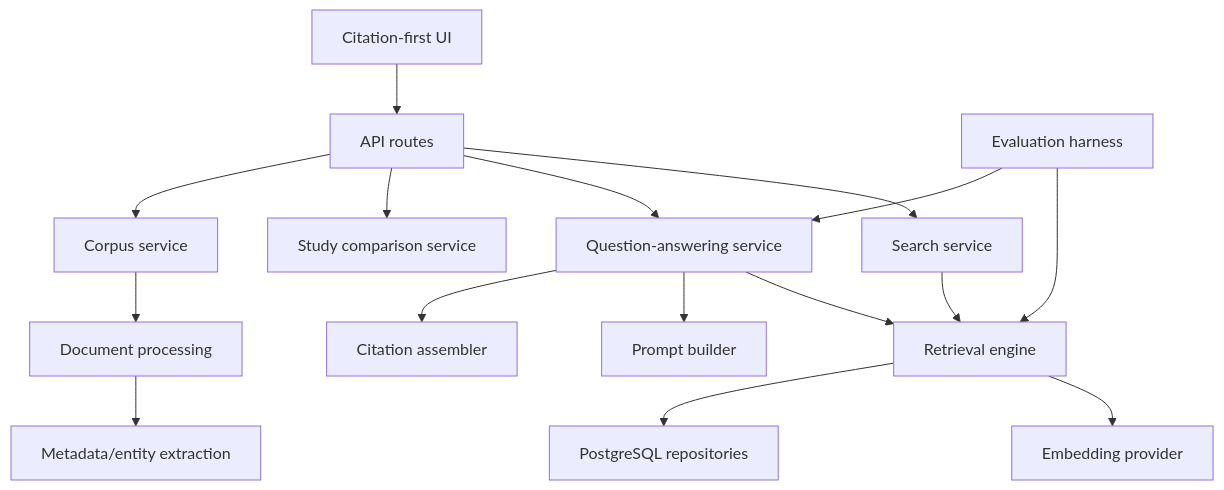
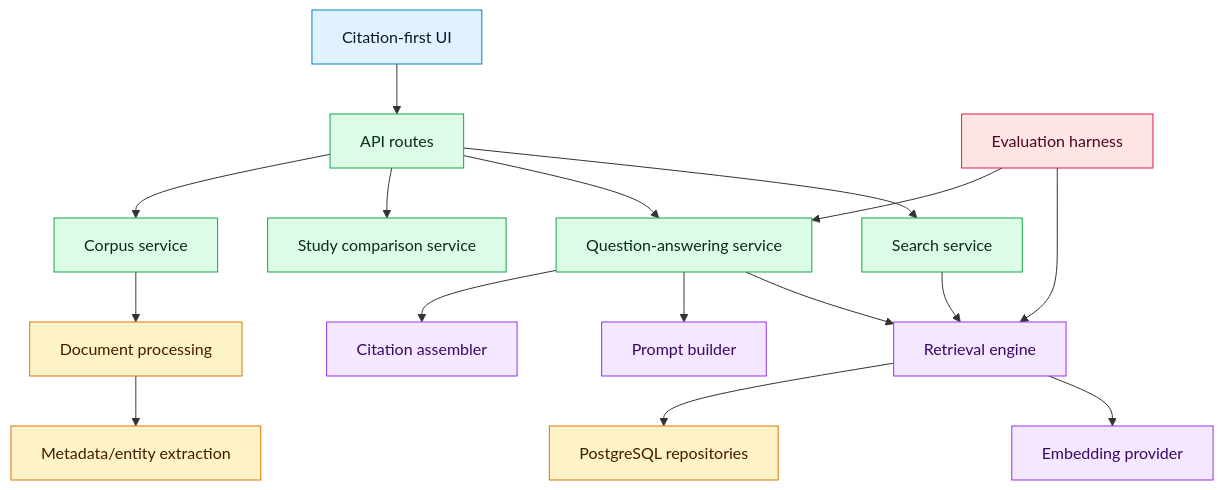
Before and after one commit to bluefate/spacebio-evidence-engine: the diagram in docs/architecture/COMPONENT_ARCHITECTURE.md, drawn with Mermaid. The commit also changed 24 other files, not shown here.

````diff
--- a/docs/architecture/COMPONENT_ARCHITECTURE.md
+++ b/docs/architecture/COMPONENT_ARCHITECTURE.md
@@ -13,18 +13,30 @@
 ```mermaid
 flowchart TD
   UI["Citation-first UI"] --> API["API routes"]
   API --> Search["Search service"]
   API --> QA["Question-answering service"]
   API --> Compare["Study comparison service"]
   API --> Corpus["Corpus service"]
   Search --> Retrieval["Retrieval engine"]
   QA --> Retrieval
   QA --> Prompting["Prompt builder"]
   QA --> Citations["Citation assembler"]
   Retrieval --> Embeddings["Embedding provider"]
   Retrieval --> Store["PostgreSQL repositories"]
   Corpus --> Processing["Document processing"]
   Processing --> Extraction["Metadata/entity extraction"]
   Evaluation["Evaluation harness"] --> Retrieval
   Evaluation --> QA
+
+  classDef ui fill:#E0F2FE,stroke:#0284C7,color:#0F172A
+  classDef api fill:#DCFCE7,stroke:#16A34A,color:#052E16
+  classDef rag fill:#F3E8FF,stroke:#9333EA,color:#3B0764
+  classDef data fill:#FEF3C7,stroke:#D97706,color:#451A03
+  classDef eval fill:#FFE4E6,stroke:#E11D48,color:#4C0519
+
+  class UI ui
+  class API,Search,QA,Compare,Corpus api
+  class Retrieval,Prompting,Citations,Embeddings rag
+  class Store,Processing,Extraction data
+  class Evaluation eval
 ```
````
